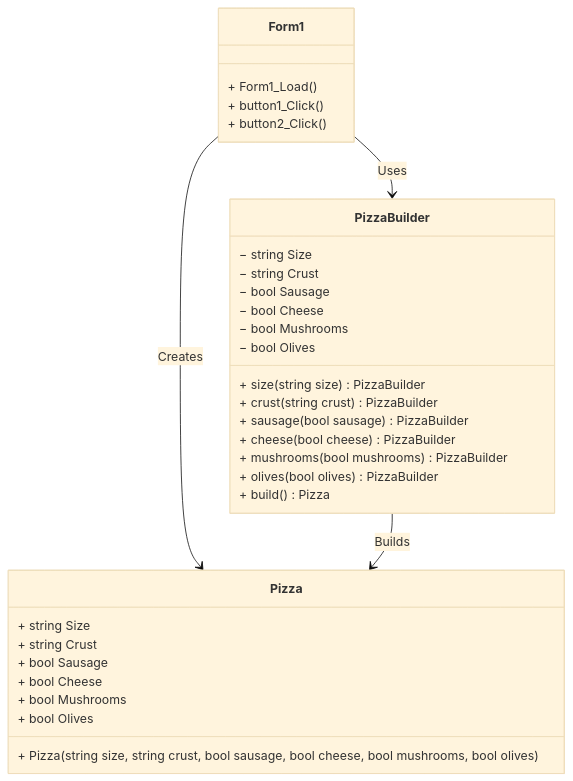
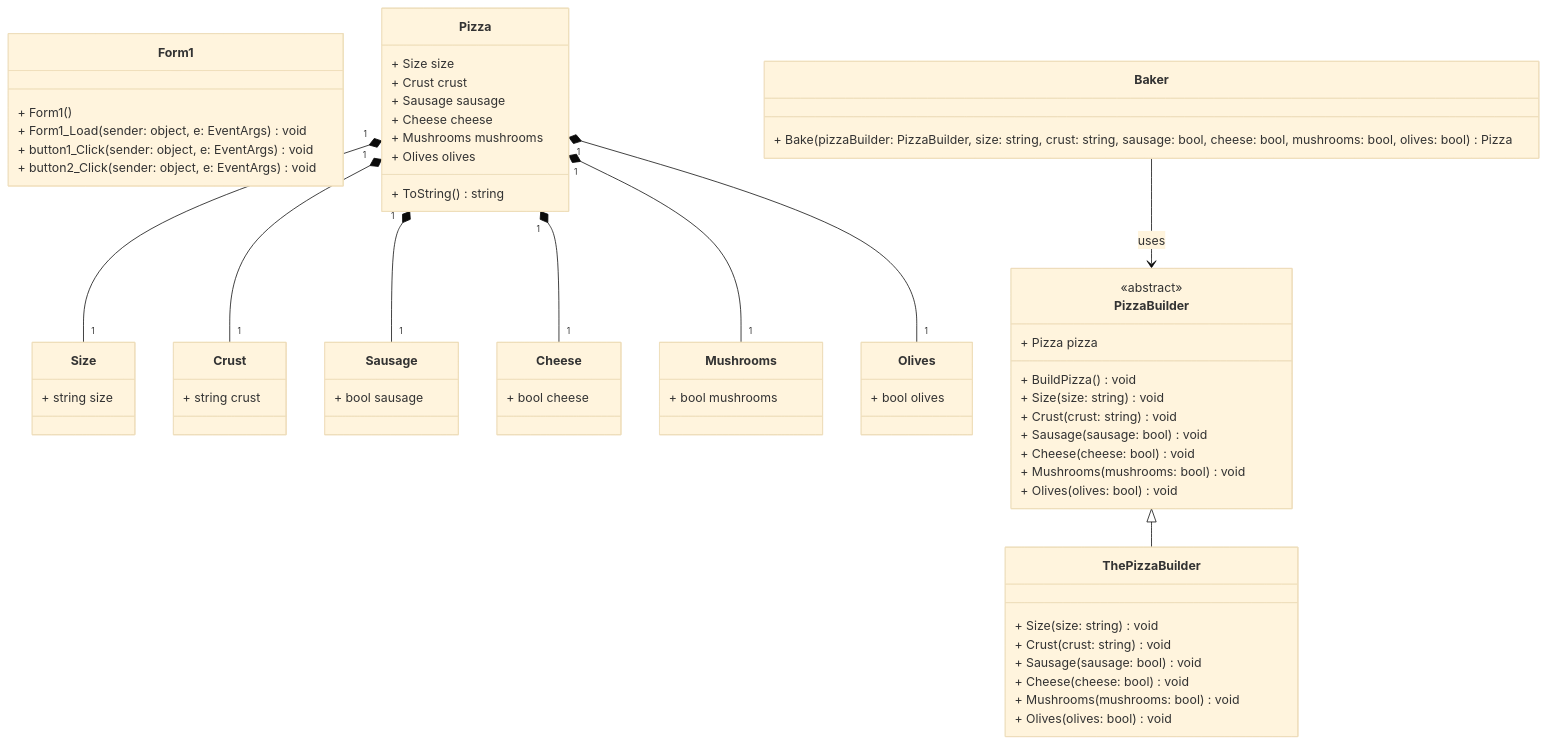
One commit to Daniil-Pest/Object-oriented-analysis-and-design-2 changed the diagram in lab01/Classes_diagram.mmd. Above: the diagram before and after it, drawn with Mermaid (base theme). The commit also changed 1 other file, not shown here.

```diff
--- a/lab01/Classes_diagram.mmd
+++ b/lab01/Classes_diagram.mmd
@@ -1,36 +1,75 @@
 classDiagram
-	class Form1{
-		+ Form1_Load()
-		+ button1_Click()
-		+ button2_Click()
-	}
-	
-	class Pizza {
-		+ string Size
-		+ string Crust
-		+ bool Sausage
-		+ bool Cheese
-		+ bool Mushrooms
-		+ bool Olives
-		+ Pizza(string size, string crust, bool sausage, bool cheese, bool mushrooms, bool olives)
-	}
-	
-	class PizzaBuilder {
-		− string Size
-		− string Crust
-		− bool Sausage
-		− bool Cheese
-		− bool Mushrooms
-		− bool Olives
-		+ size(string size) PizzaBuilder
-		+ crust(string crust) PizzaBuilder
-		+ sausage(bool sausage) PizzaBuilder
-		+ cheese(bool cheese) PizzaBuilder
-		+ mushrooms(bool mushrooms) PizzaBuilder
-		+ olives(bool olives) PizzaBuilder
-		+ build() Pizza
-	}
-	
-	Form1 --> Pizza : Creates
-	Form1 --> PizzaBuilder : Uses
-	PizzaBuilder --> Pizza : Builds
+    class Form1 {
+        + Form1()
+        + Form1_Load(sender: object, e: EventArgs) void
+        + button1_Click(sender: object, e: EventArgs) void
+        + button2_Click(sender: object, e: EventArgs) void
+    }
+
+    class Size {
+        + string size
+    }
+
+    class Crust {
+        + string crust
+    }
+
+    class Sausage {
+        + bool sausage
+    }
+
+    class Cheese {
+        + bool cheese
+    }
+
+    class Mushrooms {
+        + bool mushrooms
+    }
+
+    class Olives {
+        + bool olives
+    }
+
+    class Pizza {
+        + Size size
+        + Crust crust
+        + Sausage sausage
+        + Cheese cheese
+        + Mushrooms mushrooms
+        + Olives olives
+        + ToString() string
+    }
+
+    class PizzaBuilder {
+        <<abstract>>
+        + Pizza pizza
+        + BuildPizza() void
+        + Size(size: string) void
+        + Crust(crust: string) void
+        + Sausage(sausage: bool) void
+        + Cheese(cheese: bool) void
+        + Mushrooms(mushrooms: bool) void
+        + Olives(olives: bool) void
+    }
+
+    class ThePizzaBuilder {
+        + Size(size: string) void
+        + Crust(crust: string) void
+        + Sausage(sausage: bool) void
+        + Cheese(cheese: bool) void
+        + Mushrooms(mushrooms: bool) void
+        + Olives(olives: bool) void
+    }
+
+    class Baker {
+        + Bake(pizzaBuilder: PizzaBuilder, size: string, crust: string, sausage: bool, cheese: bool, mushrooms: bool, olives: bool) Pizza
+    }
+
+    Pizza "1" *-- "1" Size
+    Pizza "1" *-- "1" Crust
+    Pizza "1" *-- "1" Sausage
+    Pizza "1" *-- "1" Cheese
+    Pizza "1" *-- "1" Mushrooms
+    Pizza "1" *-- "1" Olives
+    PizzaBuilder <|-- ThePizzaBuilder
+    Baker --> PizzaBuilder : uses
```
